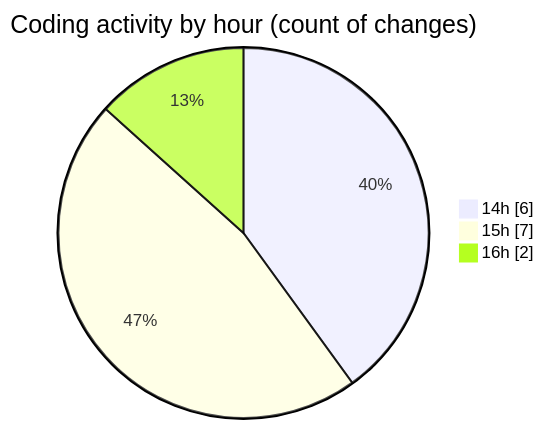
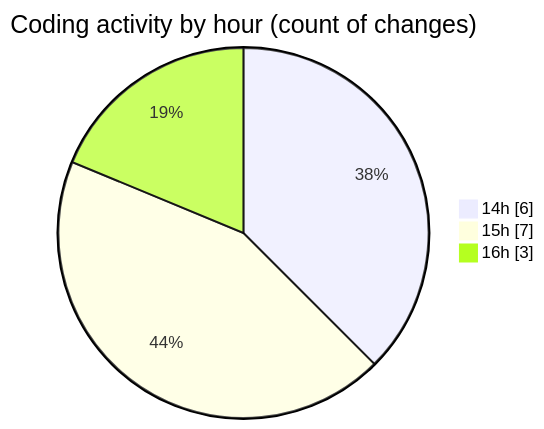
The second of 2 diagrams in 2026-03-30/cinema/README.md (igalym/code-tracking), drawn with Mermaid before and after one commit. The commit also changed other lines of this file and 1 other file, not shown here.

````diff
--- a/2026-03-30/cinema/README.md
+++ b/2026-03-30/cinema/README.md
@@ -31,7 +31,7 @@
 ```mermaid
 pie showData
 title Coding activity by hour (count of changes)
 "14h" : 6
 "15h" : 7
-"16h" : 2
+"16h" : 3
 ```
````
